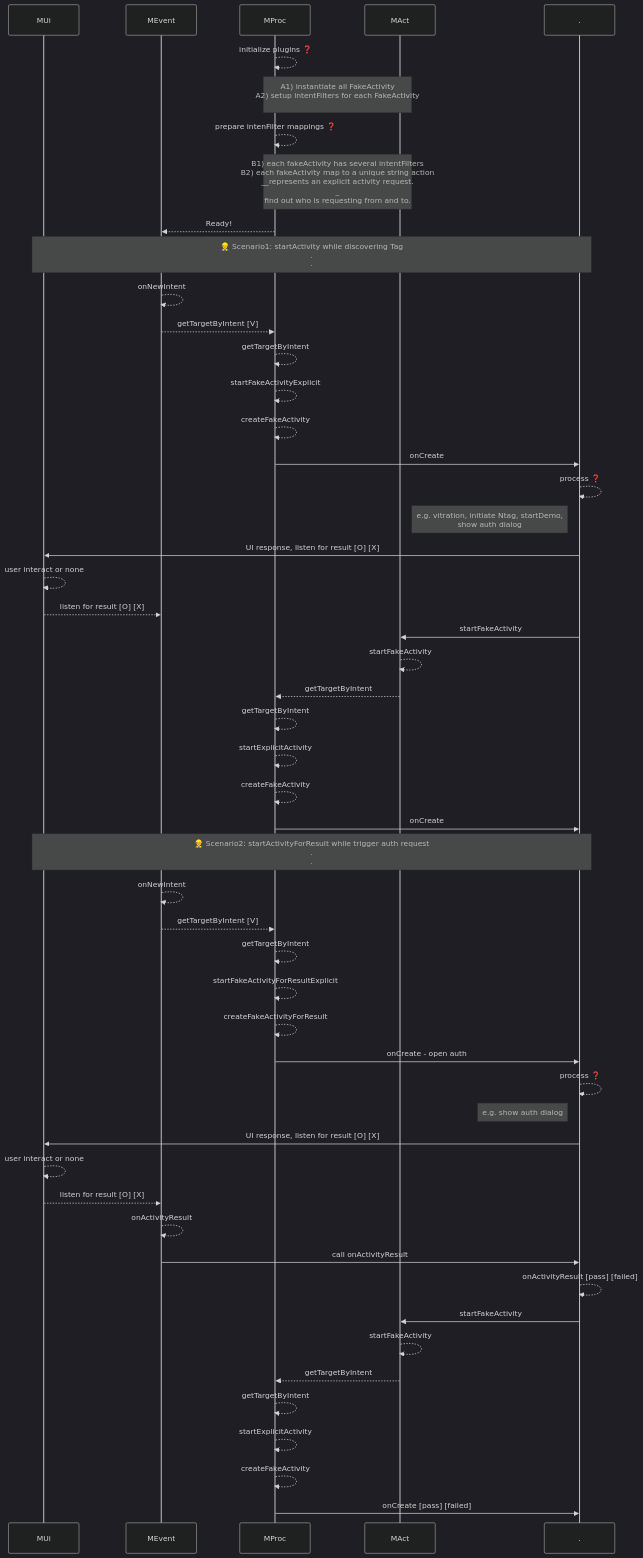
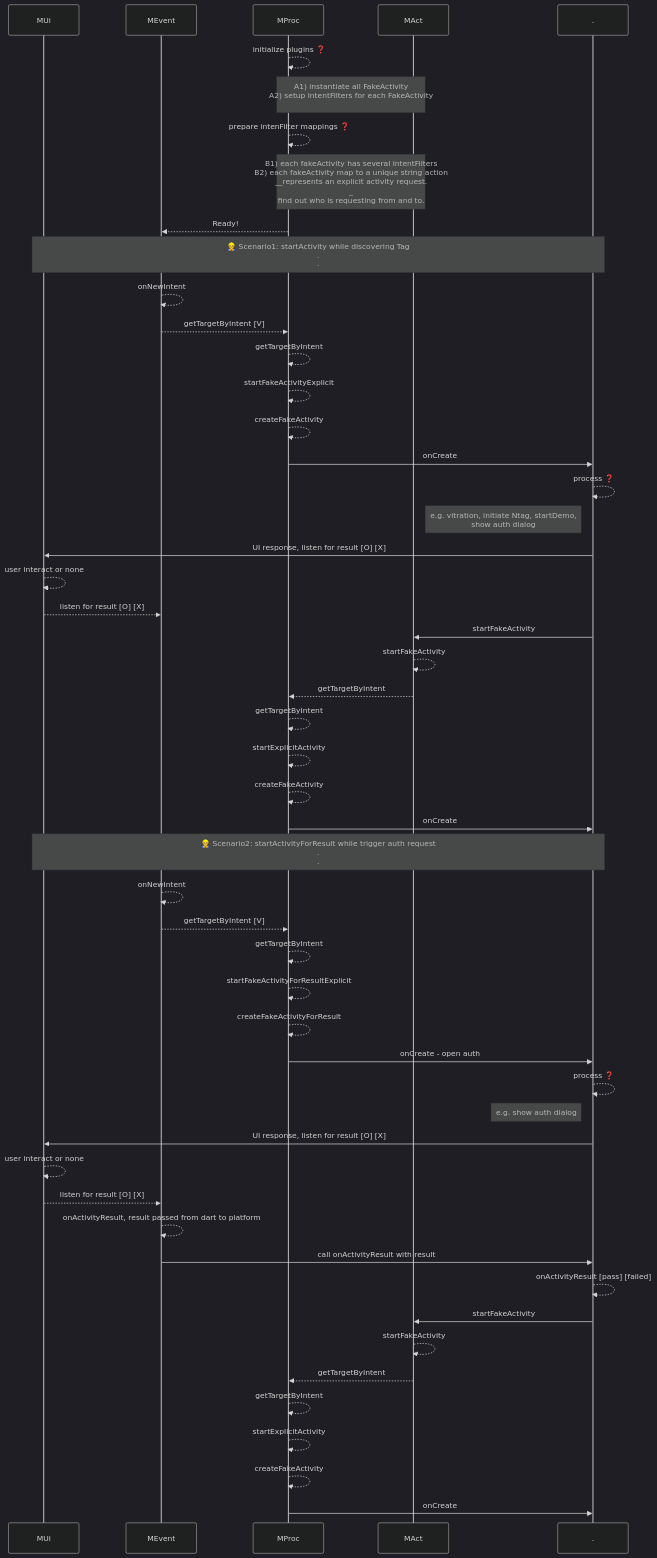
One commit to gordianknotC/nxp_note changed the third of 7 diagrams in flutter/android_to_flutter.md. Above: the diagram before and after it, drawn with Mermaid (dark theme). The commit also changed other lines of this file, not shown here.

Commit message:
flutter/android_to_flutter.md updated from https://stackedit.io/

````diff
--- a/flutter/android_to_flutter.md
+++ b/flutter/android_to_flutter.md
@@ -52,65 +52,65 @@
 ```mermaid
 sequenceDiagram
 participant MUi
 participant MEvent
 participant MProc
 participant MAct
 participant .
 
 MProc-->>MProc: initialize plugins ❓
 Note over MProc,MAct: A1) instantiate all FakeActivity<br>A2) setup intentFilters for each FakeActivity<br>
 
 MProc-->>MProc: prepare intenFilter mappings ❓
 
 Note over MProc, MAct: B1) each fakeActivity has several intentFilters<br>B2) each fakeActivity map to a unique string action<br>__represents an explicit activity request.<br>_<br> find out who is requesting from and to.
 
 MProc-->>MEvent: Ready!
 
 
 Note over MUi, .: 👷 Scenario1: startActivity while discovering Tag<br>.<br>.
 MEvent-->>MEvent: onNewIntent
 
 MEvent-->>MProc: getTargetByIntent [V]
 MProc-->>MProc: getTargetByIntent
 MProc-->>MProc: startFakeActivityExplicit
 MProc-->>MProc: createFakeActivity
 MProc->> . : onCreate
 . -->> . : process ❓
 Note left of .: e.g. vitration, initiate Ntag, startDemo,<br>show auth dialog
 . ->> MUi: UI response, listen for result [O] [X]
 MUi -->> MUi: user interact or none
 MUi -->> MEvent: listen for result  [O] [X]
 . ->> MAct: startFakeActivity
 MAct -->> MAct: startFakeActivity
 MAct -->> MProc: getTargetByIntent
 MProc -->> MProc: getTargetByIntent
 MProc -->> MProc: startExplicitActivity
 MProc -->> MProc: createFakeActivity
 MProc ->> . : onCreate
 
 
 Note over MUi, .: 👷 Scenario2: startActivityForResult while trigger auth request<br>.<br>.
 MEvent-->>MEvent: onNewIntent
 MEvent-->>MProc: getTargetByIntent [V]
 MProc-->>MProc: getTargetByIntent
 MProc-->>MProc: startFakeActivityForResultExplicit
 MProc-->>MProc: createFakeActivityForResult
 MProc->> . : onCreate - open auth
 . -->> . : process ❓
 Note left of .: e.g. show auth dialog
 . ->> MUi: UI response, listen for result [O] [X]
 MUi -->> MUi: user interact or none
 MUi -->> MEvent: listen for result  [O] [X]
-MEvent -->> MEvent: onActivityResult
-MEvent ->> . : call onActivityResult
+MEvent -->> MEvent: onActivityResult, result passed from dart to platform
+MEvent ->> . : call onActivityResult with result
 . -->> . : onActivityResult [pass] [failed]
 . ->> MAct: startFakeActivity
 MAct -->> MAct: startFakeActivity
 MAct -->> MProc: getTargetByIntent
 MProc -->> MProc: getTargetByIntent
 MProc -->> MProc: startExplicitActivity
 MProc -->> MProc: createFakeActivity
-MProc ->> . : onCreate [pass] [failed]
+MProc ->> . : onCreate  
 
 
 ```
````
